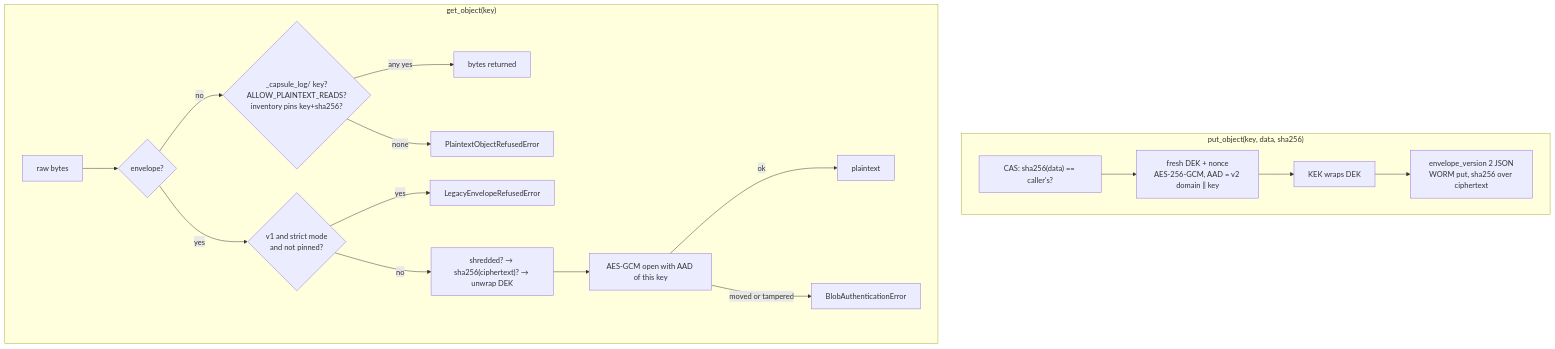
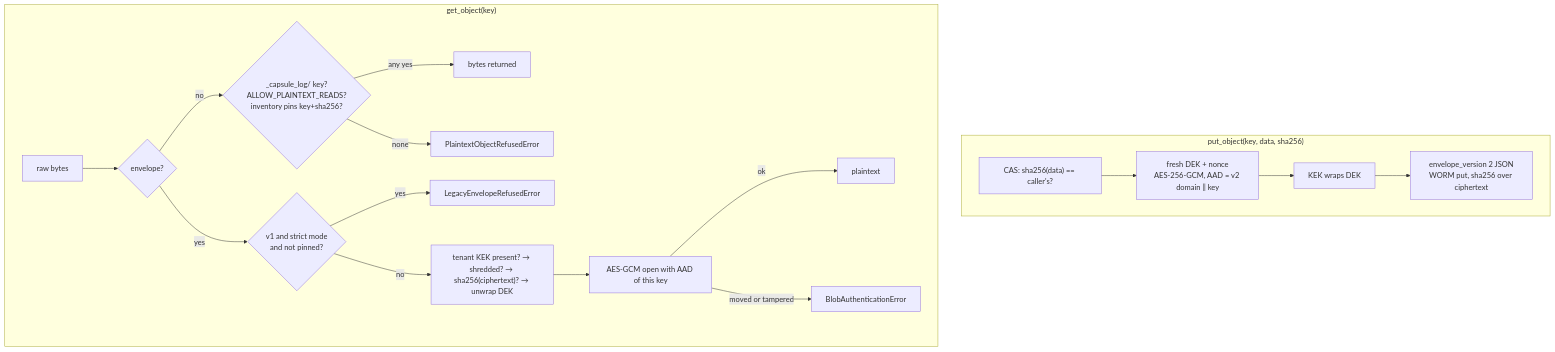
Before and after one commit to MSKazemi/novafabric: the diagram in docs/architecture/encryption-at-rest.md, drawn with Mermaid. The commit also changed other lines of this file and 14 other files, not shown here.

Commit message:
docs(architecture): verify the architecture pages against the code (#363)

````diff
--- a/docs/architecture/encryption-at-rest.md
+++ b/docs/architecture/encryption-at-rest.md
@@ -25,19 +27,19 @@
 ```mermaid
 flowchart TB
     subgraph write["put_object(key, data, sha256)"]
         W1["CAS: sha256(data) == caller's?"] --> W2["fresh DEK + nonce<br/>AES-256-GCM, AAD = v2 domain ‖ key"]
         W2 --> W3["KEK wraps DEK"] --> W4["envelope_version 2 JSON<br/>WORM put, sha256 over ciphertext"]
     end
     subgraph read["get_object(key)"]
         R0["raw bytes"] --> R1{"envelope?"}
         R1 -->|no| P{"_capsule_log/ key?<br/>ALLOW_PLAINTEXT_READS?<br/>inventory pins key+sha256?"}
         P -->|any yes| PR["bytes returned"]
         P -->|none| PX["PlaintextObjectRefusedError"]
         R1 -->|yes| ST{"v1 and strict mode<br/>and not pinned?"}
         ST -->|yes| LX["LegacyEnvelopeRefusedError"]
-        ST -->|no| D["shredded? → sha256(ciphertext)? → unwrap DEK"]
+        ST -->|no| D["tenant KEK present? → shredded? → sha256(ciphertext)? → unwrap DEK"]
         D --> G["AES-GCM open with AAD of this key"]
         G -->|ok| OUT["plaintext"]
         G -->|moved or tampered| BX["BlobAuthenticationError"]
     end
 ```
````
